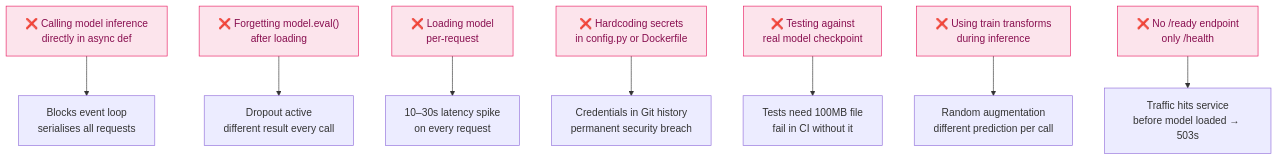
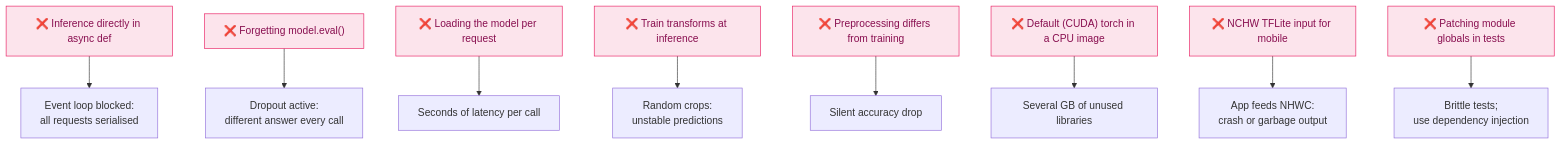
One commit to Paulmburu/ai-crop-disease-platform changed the eighth of 8 diagrams in docs/PHASE_2_PYTHON_ML_SERVICE.md. Above: the diagram before and after it, drawn with Mermaid. The commit also changed other lines of this file and 7 other files, not shown here.

````diff
--- a/docs/PHASE_2_PYTHON_ML_SERVICE.md
+++ b/docs/PHASE_2_PYTHON_ML_SERVICE.md
@@ -2260,12 +1584,13 @@
 ```mermaid
 flowchart TD
-    M1["❌ Calling model inference\ndirectly in async def"]:::bad --> F1["Blocks event loop\nserialises all requests"]
-    M2["❌ Forgetting model.eval()\nafter loading"]:::bad --> F2["Dropout active\ndifferent result every call"]
-    M3["❌ Loading model\nper-request"]:::bad --> F3["10–30s latency spike\non every request"]
-    M4["❌ Hardcoding secrets\nin config.py or Dockerfile"]:::bad --> F4["Credentials in Git history\npermanent security breach"]
-    M5["❌ Testing against\nreal model checkpoint"]:::bad --> F5["Tests need 100MB file\nfail in CI without it"]
-    M6["❌ Using train transforms\nduring inference"]:::bad --> F6["Random augmentation\ndifferent prediction per call"]
-    M7["❌ No /ready endpoint\nonly /health"]:::bad --> F7["Traffic hits service\nbefore model loaded → 503s"]
+    M1["❌ Inference directly in async def"]:::bad --> F1["Event loop blocked:<br/>all requests serialised"]
+    M2["❌ Forgetting model.eval()"]:::bad --> F2["Dropout active:<br/>different answer every call"]
+    M3["❌ Loading the model per request"]:::bad --> F3["Seconds of latency per call"]
+    M4["❌ Train transforms at inference"]:::bad --> F4["Random crops:<br/>unstable predictions"]
+    M5["❌ Preprocessing differs from training"]:::bad --> F5["Silent accuracy drop"]
+    M6["❌ Default (CUDA) torch in a CPU image"]:::bad --> F6["Several GB of unused libraries"]
+    M7["❌ NCHW TFLite input for mobile"]:::bad --> F7["App feeds NHWC:<br/>crash or garbage output"]
+    M8["❌ Patching module globals in tests"]:::bad --> F8["Brittle tests;<br/>use dependency injection"]
 
     classDef bad fill:#fce4ec,stroke:#e91e63,color:#880e4f
 ```
````
